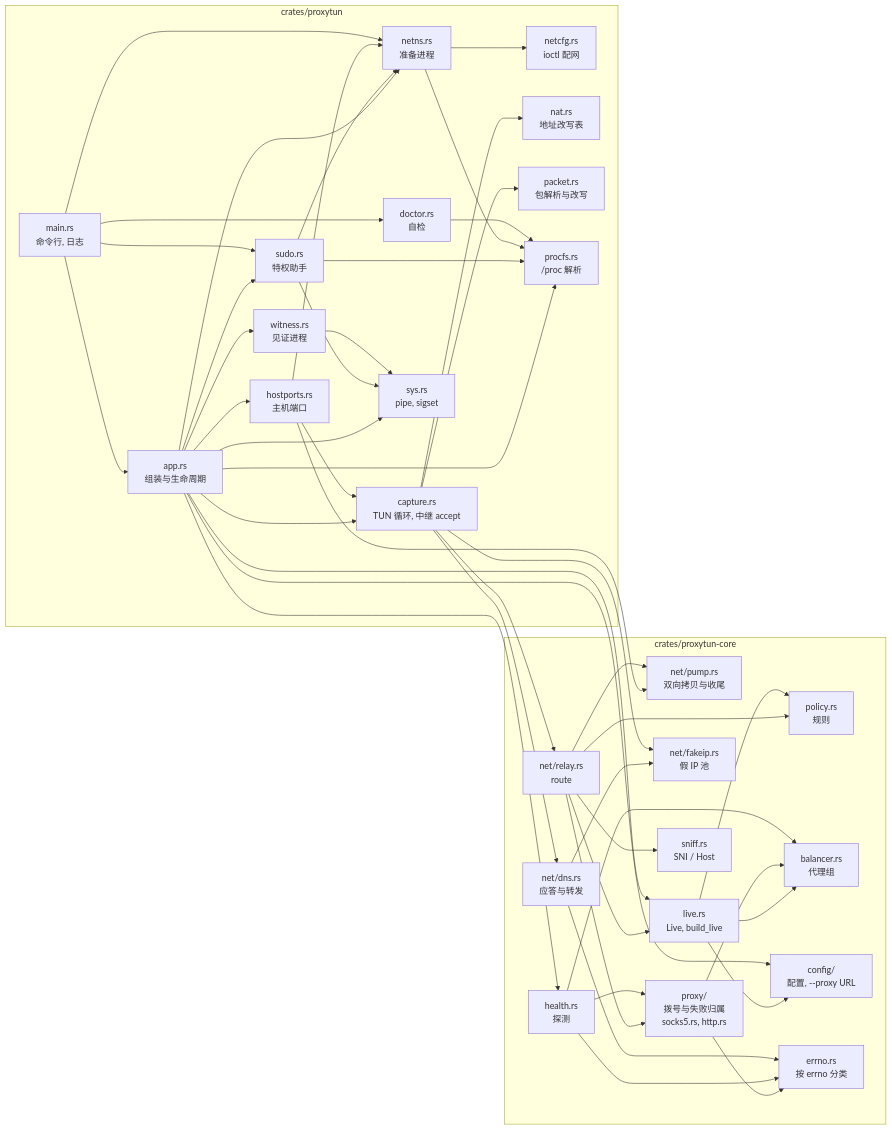
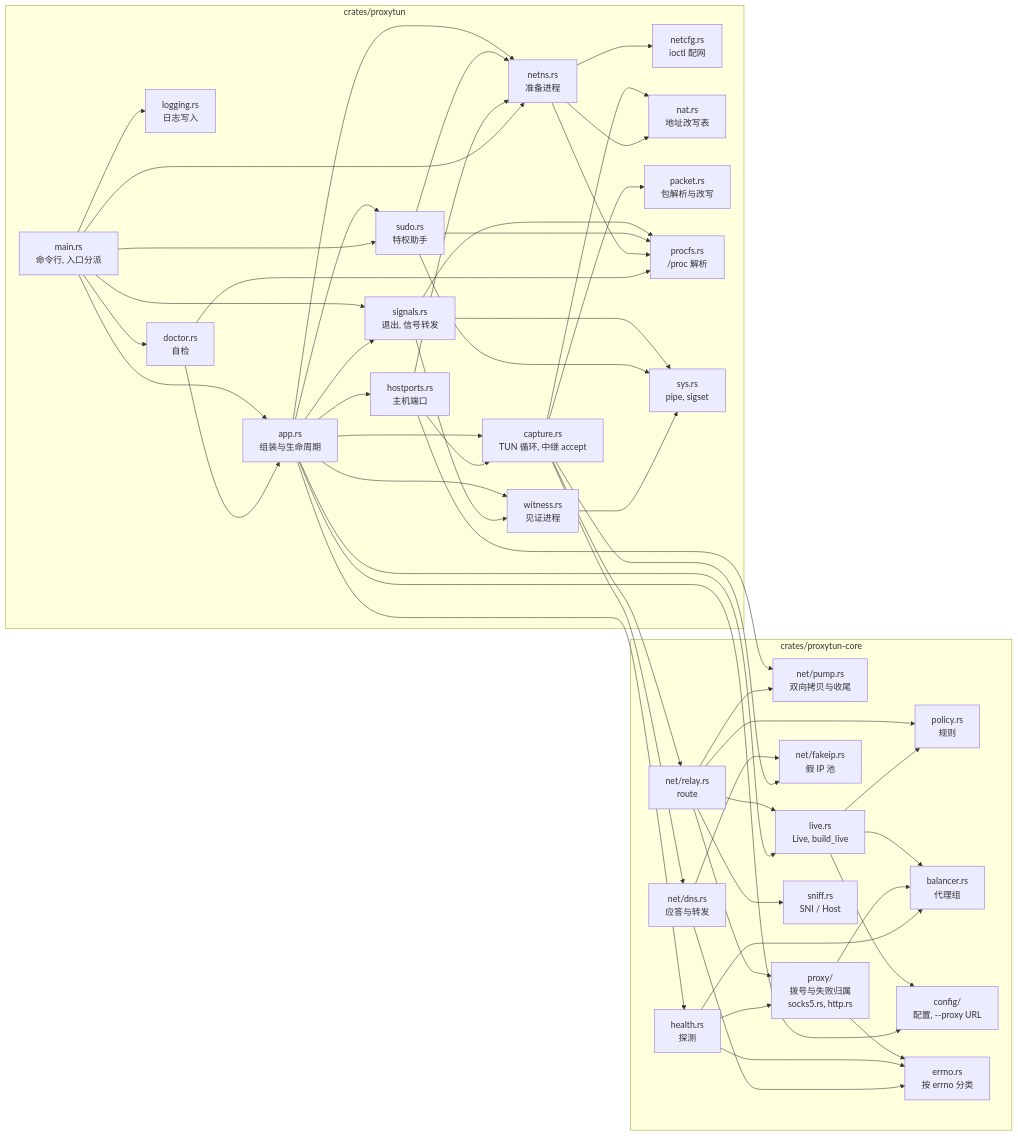
One commit to moonshawdo/proxytun changed the diagram in docs/architecture/modules.md. Above: the diagram before and after it, drawn with Mermaid. The commit also changed other lines of this file and 10 other files, not shown here.

First line of the commit message:
Refactor M5a: signals, logging and doctor leave app.rs and main.rs

````diff
--- a/docs/architecture/modules.md
+++ b/docs/architecture/modules.md
@@ -14,63 +14,69 @@
 ```mermaid
 flowchart LR
     subgraph BIN["crates/proxytun"]
-        MAIN["main.rs<br/>命令行, 日志"] --> APP["app.rs<br/>组装与生命周期"]
+        MAIN["main.rs<br/>命令行, 入口分派"] --> APP["app.rs<br/>组装与生命周期"]
+        MAIN --> LOG["logging.rs<br/>日志写入"]
+        MAIN --> SIG["signals.rs<br/>退出, 信号转发"]
+        APP --> SIG
         APP --> NETNS["netns.rs<br/>准备进程"]
         APP --> SUDO["sudo.rs<br/>特权助手"]
         APP --> CAP["capture.rs<br/>TUN 循环, 中继 accept"]
         APP --> HP["hostports.rs<br/>主机端口"]
         APP --> WIT["witness.rs<br/>见证进程"]
+        SIG --> WIT
         MAIN --> DOC["doctor.rs<br/>自检"]
+        DOC --> APP
         NETNS --> NETCFG["netcfg.rs<br/>ioctl 配网"]
         SUDO --> NETNS
         CAP --> NAT["nat.rs<br/>地址改写表"]
+        NETNS --> NAT
         CAP --> PKT["packet.rs<br/>包解析与改写"]
-        APP --> PFS["procfs.rs<br/>/proc 解析"]
+        SIG --> PFS["procfs.rs<br/>/proc 解析"]
         SUDO --> PFS
         NETNS --> PFS
         DOC --> PFS
-        APP --> SYS["sys.rs<br/>pipe, sigset"]
+        SIG --> SYS["sys.rs<br/>pipe, sigset"]
         SUDO --> SYS
         WIT --> SYS
         HP --> NETNS
     end
     subgraph CORE["crates/proxytun-core"]
         RELAY["net/relay.rs<br/>route"]
         PUMP["net/pump.rs<br/>双向拷贝与收尾"]
         LIVE["live.rs<br/>Live, build_live"]
         DNS["net/dns.rs<br/>应答与转发"]
         FAKE["net/fakeip.rs<br/>假 IP 池"]
         POL["policy.rs<br/>规则"]
         BAL["balancer.rs<br/>代理组"]
         PRX["proxy/<br/>拨号与失败归属<br/>socks5.rs, http.rs"]
         HEA["health.rs<br/>探测"]
         SNF["sniff.rs<br/>SNI / Host"]
         CFG["config/<br/>配置, --proxy URL"]
         ERR["errno.rs<br/>按 errno 分类"]
     end
     CAP --> RELAY
     CAP --> DNS
     HP --> PUMP
     DNS --> FAKE
     RELAY --> LIVE
     RELAY --> PUMP
     RELAY --> POL
     RELAY --> PRX
     RELAY --> SNF
     LIVE --> POL
     LIVE --> BAL
     LIVE --> CFG
     PRX --> BAL
     HEA --> BAL
     HEA --> PRX
     PRX --> ERR
     HEA --> ERR
     DNS --> ERR
     CAP --> FAKE
     HP --> CAP
     MAIN --> NETNS
     MAIN --> SUDO
     APP --> CFG
     APP --> LIVE
     APP --> HEA
 ```
````
